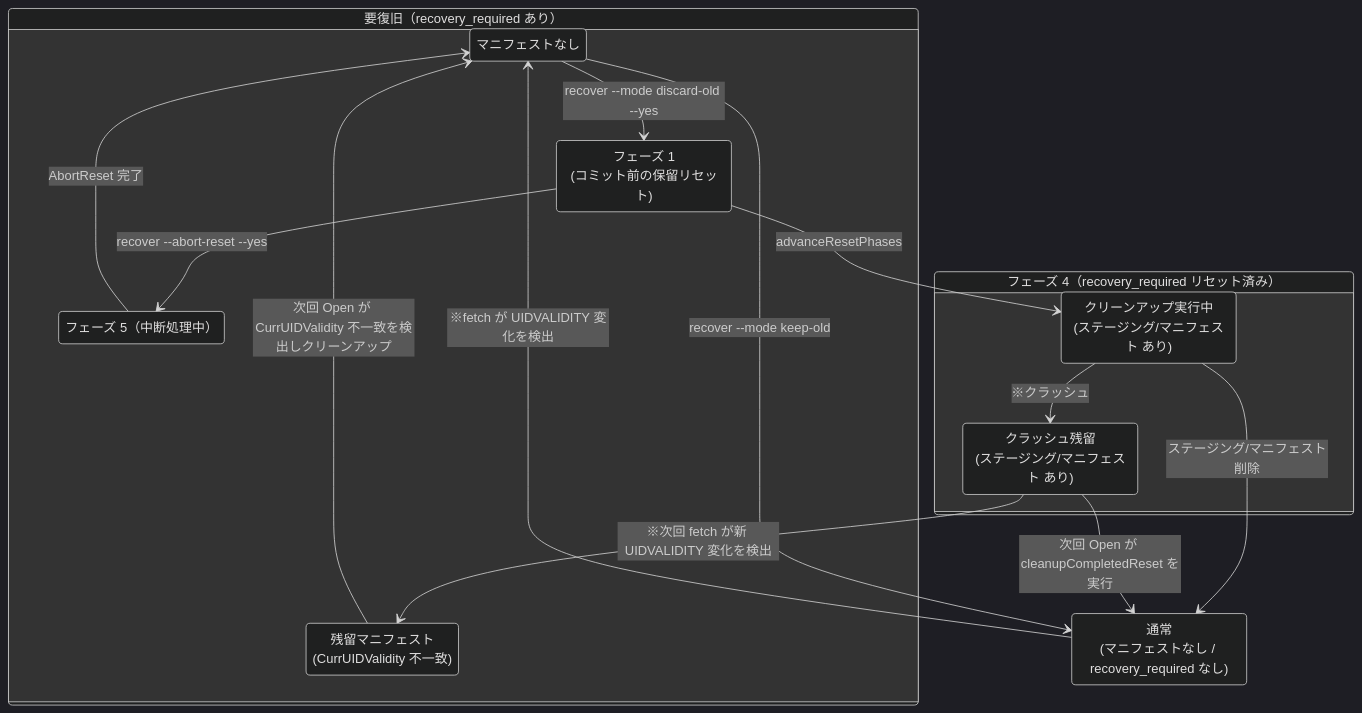
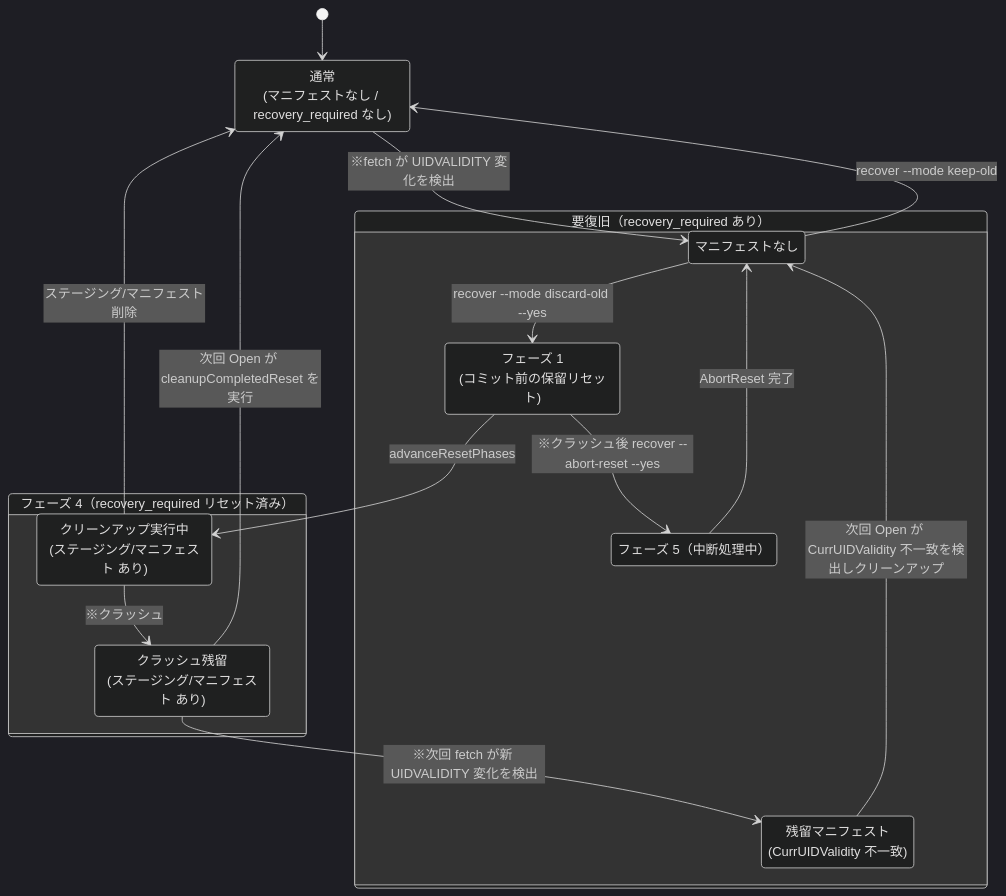
The diagram in docs/dev/adr/0003_reset_phase_design.ja.md (isseis/tlsrpt-digest), drawn with Mermaid (dark theme) before and after one commit.

Commit message:
docs(adr-0003): move P1/P5 into RecoveryReq; set Normal as initial state
- P1・P5 を RecoveryReq サブグラフ内に移動（recovery_required あり）
- [*] --> Normal で通常状態を初期状態として上部に配置
- 英語版は /mktrans で後から更新する。

````diff
--- a/docs/dev/adr/0003_reset_phase_design.ja.md
+++ b/docs/dev/adr/0003_reset_phase_design.ja.md
@@ -91,28 +91,29 @@
 ```mermaid
 stateDiagram-v2
+    state "通常<br/>(マニフェストなし / recovery_required なし)" as Normal
+    [*] --> Normal
+
     state "要復旧（recovery_required あり）" as RecoveryReq {
         state "マニフェストなし" as RR
         state "残留マニフェスト<br/>(CurrUIDValidity 不一致)" as StaleM
         state "フェーズ 1<br/>(コミット前の保留リセット)" as P1
         state "フェーズ 5（中断処理中）" as P5
     }
 
     state "フェーズ 4（recovery_required リセット済み）" as Phase4 {
         state "クリーンアップ実行中<br/>(ステージング/マニフェスト あり)" as P4a
         state "クラッシュ残留<br/>(ステージング/マニフェスト あり)" as P4b
         P4a --> P4b : ※クラッシュ
     }
 
-    state "通常<br/>(マニフェストなし / recovery_required なし)" as Normal
-
+    Normal --> RR : ※fetch が UIDVALIDITY 変化を検出
     RR --> Normal : recover --mode keep-old
     RR --> P1 : recover --mode discard-old --yes
     P1 --> P4a : advanceResetPhases
+    P1 --> P5 : ※クラッシュ後 recover --abort-reset --yes
+    P5 --> RR : AbortReset 完了
     P4a --> Normal : ステージング/マニフェスト削除
     P4b --> Normal : 次回 Open が cleanupCompletedReset を実行
     P4b --> StaleM : ※次回 fetch が新 UIDVALIDITY 変化を検出
     StaleM --> RR : 次回 Open が CurrUIDValidity 不一致を検出しクリーンアップ
-    P1 --> P5 : recover --abort-reset --yes
-    P5 --> RR : AbortReset 完了
-    Normal --> RR : ※fetch が UIDVALIDITY 変化を検出
 ```
````
